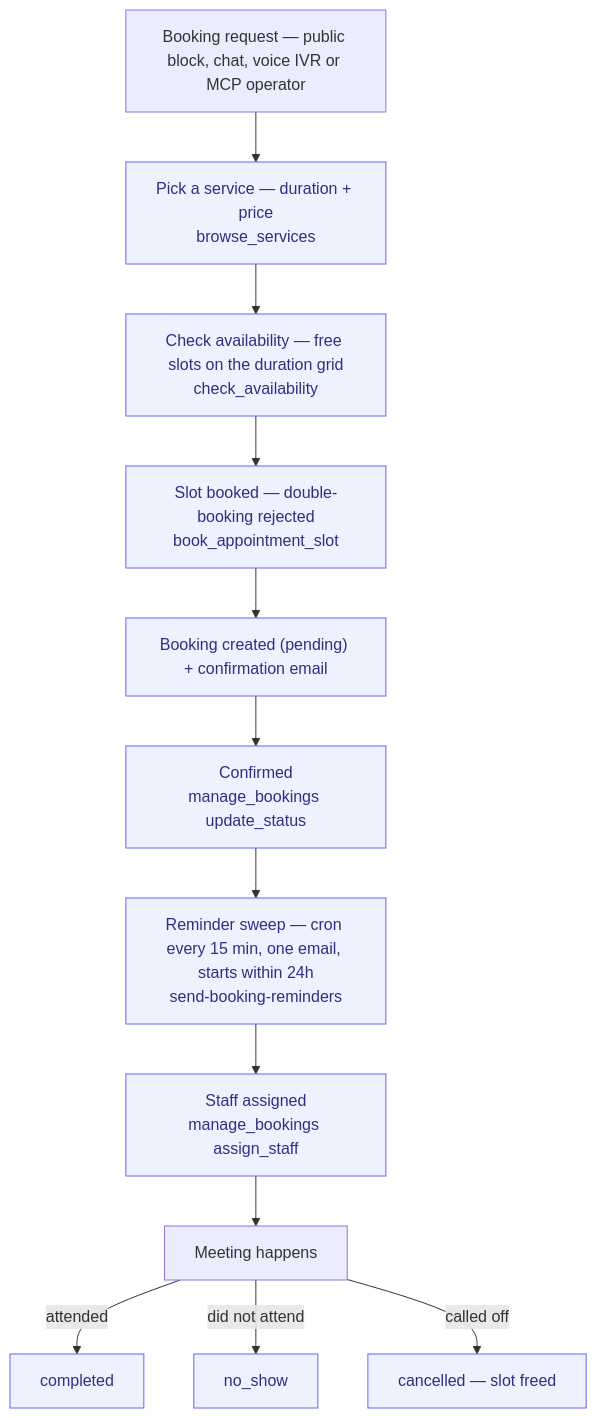
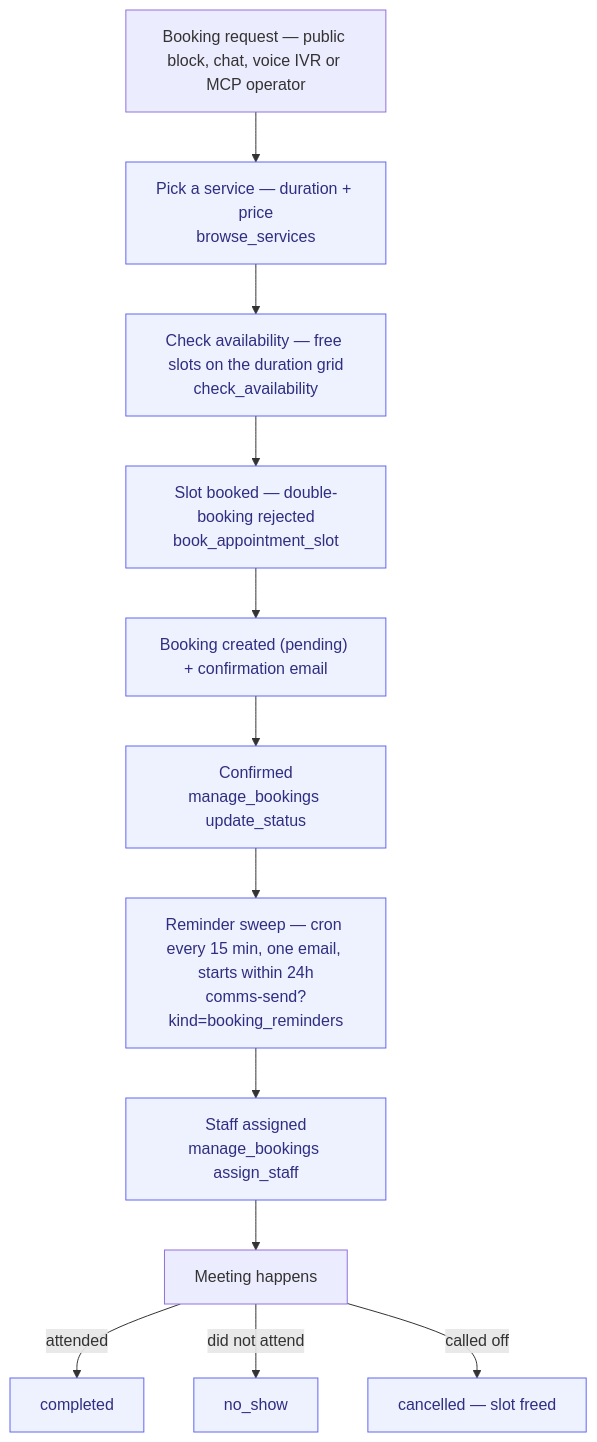
Before and after one commit to magnusfroste/flowwink: the diagram in docs/processes/book-to-meet.md, drawn with Mermaid. The commit also changed other lines of this file and 25 other files, not shown here.

````diff
--- a/docs/processes/book-to-meet.md
+++ b/docs/processes/book-to-meet.md
@@ -28,18 +28,18 @@
 ```mermaid
 flowchart TD
     A["Booking request — public block, chat, voice IVR or MCP operator"]
     A --> B["Pick a service — duration + price<br/>browse_services"]
     B --> C["Check availability — free slots on the duration grid<br/>check_availability"]
     C --> D["Slot booked — double-booking rejected<br/>book_appointment_slot"]
     D --> E["Booking created (pending) + confirmation email"]
     E --> F["Confirmed<br/>manage_bookings update_status"]
-    F --> G["Reminder sweep — cron every 15 min, one email, starts within 24h<br/>send-booking-reminders"]
+    F --> G["Reminder sweep — cron every 15 min, one email, starts within 24h<br/>comms-send?kind=booking_reminders"]
     G --> H["Staff assigned<br/>manage_bookings assign_staff"]
     H --> I["Meeting happens"]
     I -->|attended| J["completed"]
     I -->|did not attend| K["no_show"]
     I -->|called off| L["cancelled — slot freed"]
 
     classDef agent fill:#eef2ff,stroke:#6366f1,color:#312e81;
     class B,C,D,E,F,G,H,J,K,L agent
 ```
````
